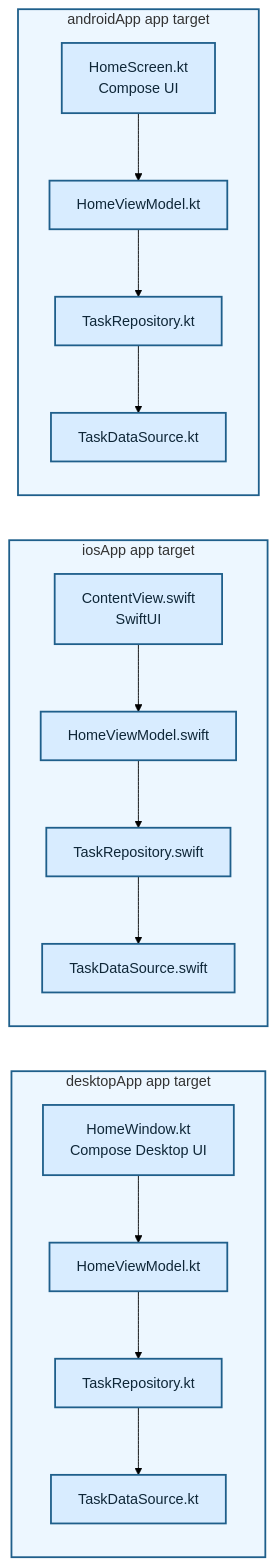
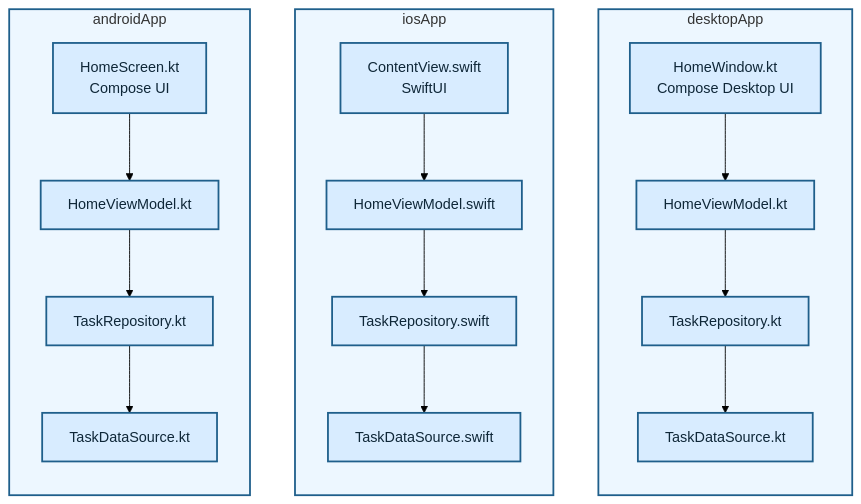
The diagram in diagrams/01-normal-native.md (TheSetox/kmp-sample-diagrams), drawn with Mermaid (forest theme) before and after one commit. The commit also changed 19 other files, not shown here.

Commit message:
docs: align platform diagram boxes

````diff
--- a/diagrams/01-normal-native.md
+++ b/diagrams/01-normal-native.md
@@ -5,38 +5,35 @@
 ```mermaid
 flowchart TB
-  subgraph Android["androidApp app target"]
+  subgraph Desktop["desktopApp"]
+    direction TB
+    DUI["HomeWindow.kt\nCompose Desktop UI"]
+    DVM["HomeViewModel.kt"]
+    DRepository["TaskRepository.kt"]
+    DDataSource["TaskDataSource.kt"]
+    DUI --> DVM --> DRepository --> DDataSource
+  end
+
+  subgraph IOS["iosApp"]
+    direction TB
+    IUI["ContentView.swift\nSwiftUI"]
+    IVM["HomeViewModel.swift"]
+    IRepository["TaskRepository.swift"]
+    IDataSource["TaskDataSource.swift"]
+    IUI --> IVM --> IRepository --> IDataSource
+  end
+
+  subgraph Android["androidApp"]
     direction TB
     AUI["HomeScreen.kt\nCompose UI"]
     AVM["HomeViewModel.kt"]
     ARepository["TaskRepository.kt"]
     ADataSource["TaskDataSource.kt"]
     AUI --> AVM --> ARepository --> ADataSource
   end
 
-  subgraph IOS["iosApp app target"]
-    direction TB
-    IUI["ContentView.swift\nSwiftUI"]
-    IVM["HomeViewModel.swift"]
-    IRepository["TaskRepository.swift"]
-    IDataSource["TaskDataSource.swift"]
-    IUI --> IVM --> IRepository --> IDataSource
-  end
-
-  subgraph Desktop["desktopApp app target"]
-    direction TB
-    DUI["HomeWindow.kt\nCompose Desktop UI"]
-    DVM["HomeViewModel.kt"]
-    DRepository["TaskRepository.kt"]
-    DDataSource["TaskDataSource.kt"]
-    DUI --> DVM --> DRepository --> DDataSource
-  end
-
-  ADataSource ~~~ IUI
-  IDataSource ~~~ DUI
-
   classDef app fill:#d8ecff,stroke:#1f5f8b,color:#0f2738,stroke-width:2px;
   class AUI,AVM,ARepository,ADataSource,IUI,IVM,IRepository,IDataSource,DUI,DVM,DRepository,DDataSource app;
   style Android fill:#edf7ff,stroke:#1f5f8b,stroke-width:2px
   style IOS fill:#edf7ff,stroke:#1f5f8b,stroke-width:2px
   style Desktop fill:#edf7ff,stroke:#1f5f8b,stroke-width:2px
 ```
````
